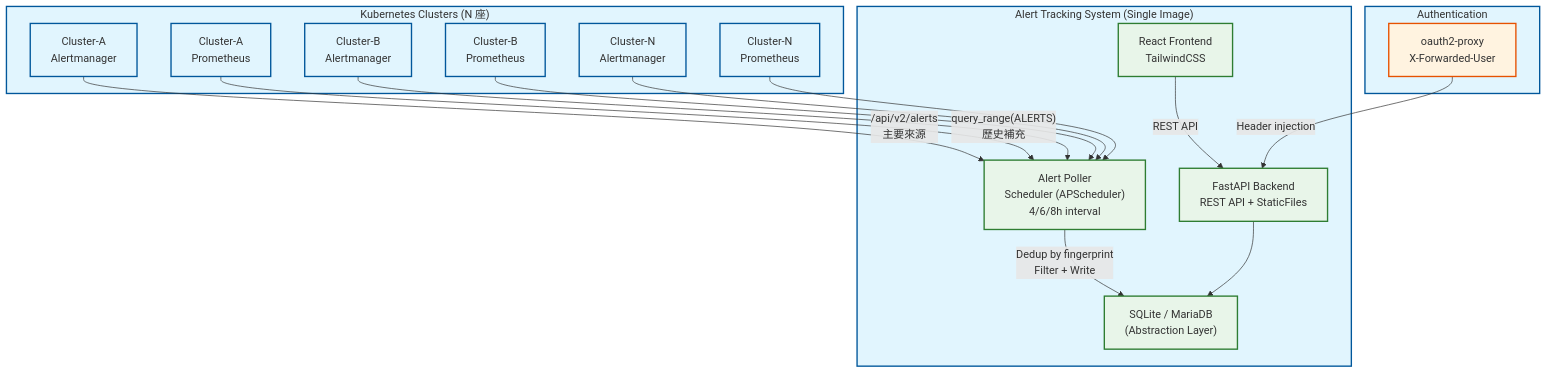
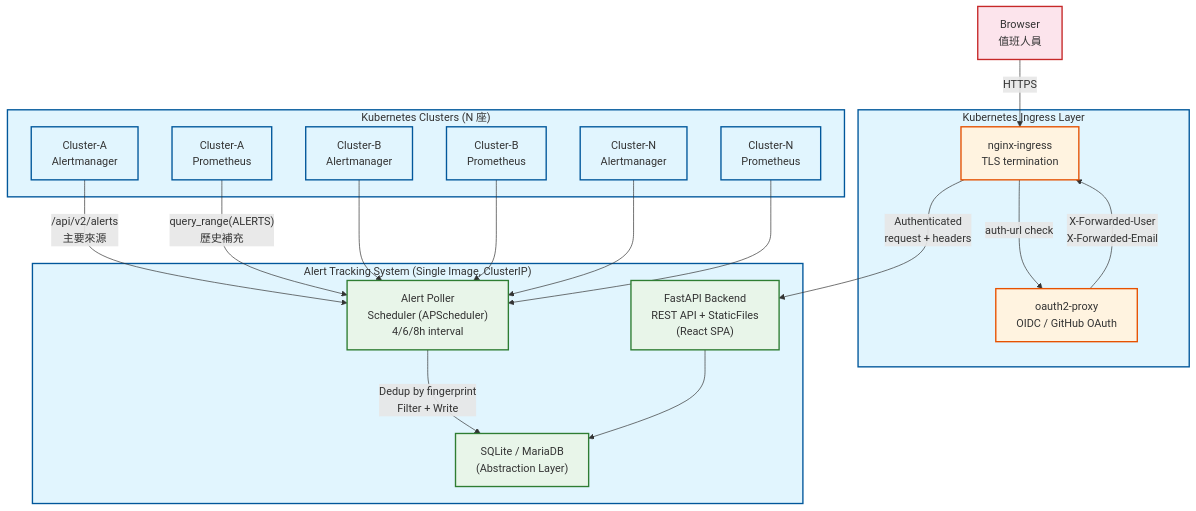
The first of 4 diagrams in docs/architecture-design.md (vencil/SRE-ALERT-TRACKER), drawn with Mermaid before and after one commit. The commit also changed other lines of this file and 22 other files, not shown here.

````diff
--- a/docs/architecture-design.md
+++ b/docs/architecture-design.md
@@ -22,40 +22,47 @@
 ```mermaid
 graph TD
     subgraph K8S["Kubernetes Clusters (N 座)"]
         C1_AM["Cluster-A<br/>Alertmanager"]
         C1_PM["Cluster-A<br/>Prometheus"]
         C2_AM["Cluster-B<br/>Alertmanager"]
         C2_PM["Cluster-B<br/>Prometheus"]
         CN_AM["Cluster-N<br/>Alertmanager"]
         CN_PM["Cluster-N<br/>Prometheus"]
     end
 
-    subgraph APP["Alert Tracking System (Single Image)"]
-        POLLER["Alert Poller<br/>Scheduler (APScheduler)<br/>4/6/8h interval"]
-        API["FastAPI Backend<br/>REST API + StaticFiles"]
-        DB["SQLite / MariaDB<br/>(Abstraction Layer)"]
-        FE["React Frontend<br/>TailwindCSS"]
+    USER["Browser<br/>值班人員"]
+
+    subgraph INGRESS["Kubernetes Ingress Layer"]
+        NGX["nginx-ingress<br/>TLS termination"]
+        OAP["oauth2-proxy<br/>OIDC / GitHub OAuth"]
     end
 
-    subgraph AUTH["Authentication"]
-        OAP["oauth2-proxy<br/>X-Forwarded-User"]
+    subgraph APP["Alert Tracking System (Single Image, ClusterIP)"]
+        POLLER["Alert Poller<br/>Scheduler (APScheduler)<br/>4/6/8h interval"]
+        API["FastAPI Backend<br/>REST API + StaticFiles<br/>(React SPA)"]
+        DB["SQLite / MariaDB<br/>(Abstraction Layer)"]
     end
+
+    USER -->|"HTTPS"| NGX
+    NGX -->|"auth-url check"| OAP
+    OAP -->|"X-Forwarded-User<br/>X-Forwarded-Email"| NGX
+    NGX -->|"Authenticated<br/>request + headers"| API
 
     C1_AM -->|"/api/v2/alerts<br/>主要來源"| POLLER
     C1_PM -->|"query_range(ALERTS)<br/>歷史補充"| POLLER
     C2_AM --> POLLER
     C2_PM --> POLLER
     CN_AM --> POLLER
     CN_PM --> POLLER
     POLLER -->|"Dedup by fingerprint<br/>Filter + Write"| DB
     API --> DB
-    FE -->|"REST API"| API
-    OAP -->|"Header injection"| API
 
     classDef cluster fill:#e1f5fe,stroke:#01579b,stroke-width:2px
     classDef app fill:#e8f5e9,stroke:#2e7d32,stroke-width:2px
-    classDef auth fill:#fff3e0,stroke:#e65100,stroke-width:2px
+    classDef ingress fill:#fff3e0,stroke:#e65100,stroke-width:2px
+    classDef user fill:#fce4ec,stroke:#c62828,stroke-width:2px
     class C1_AM,C1_PM,C2_AM,C2_PM,CN_AM,CN_PM cluster
-    class POLLER,API,DB,FE app
-    class OAP auth
+    class POLLER,API,DB app
+    class NGX,OAP ingress
+    class USER user
 ```
````
